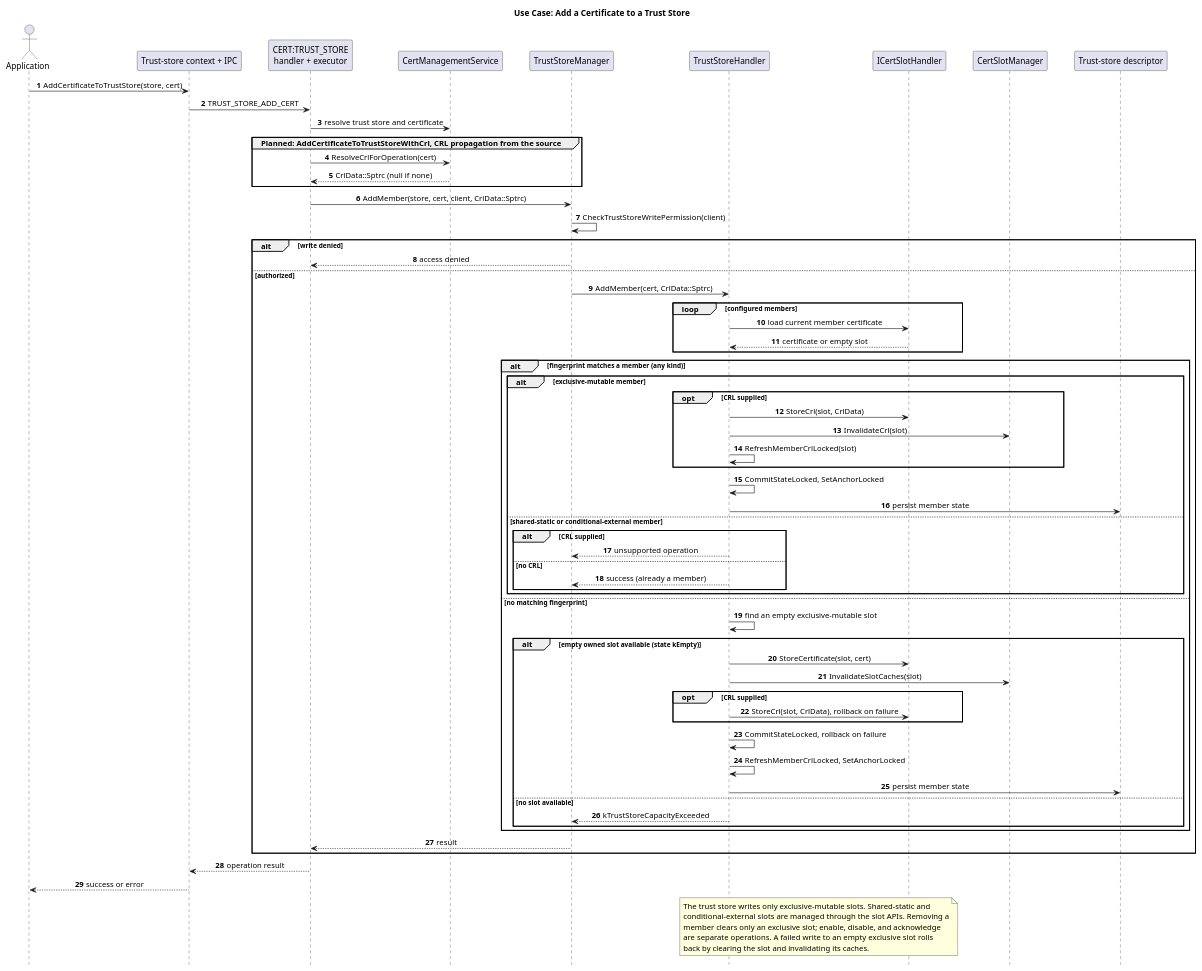
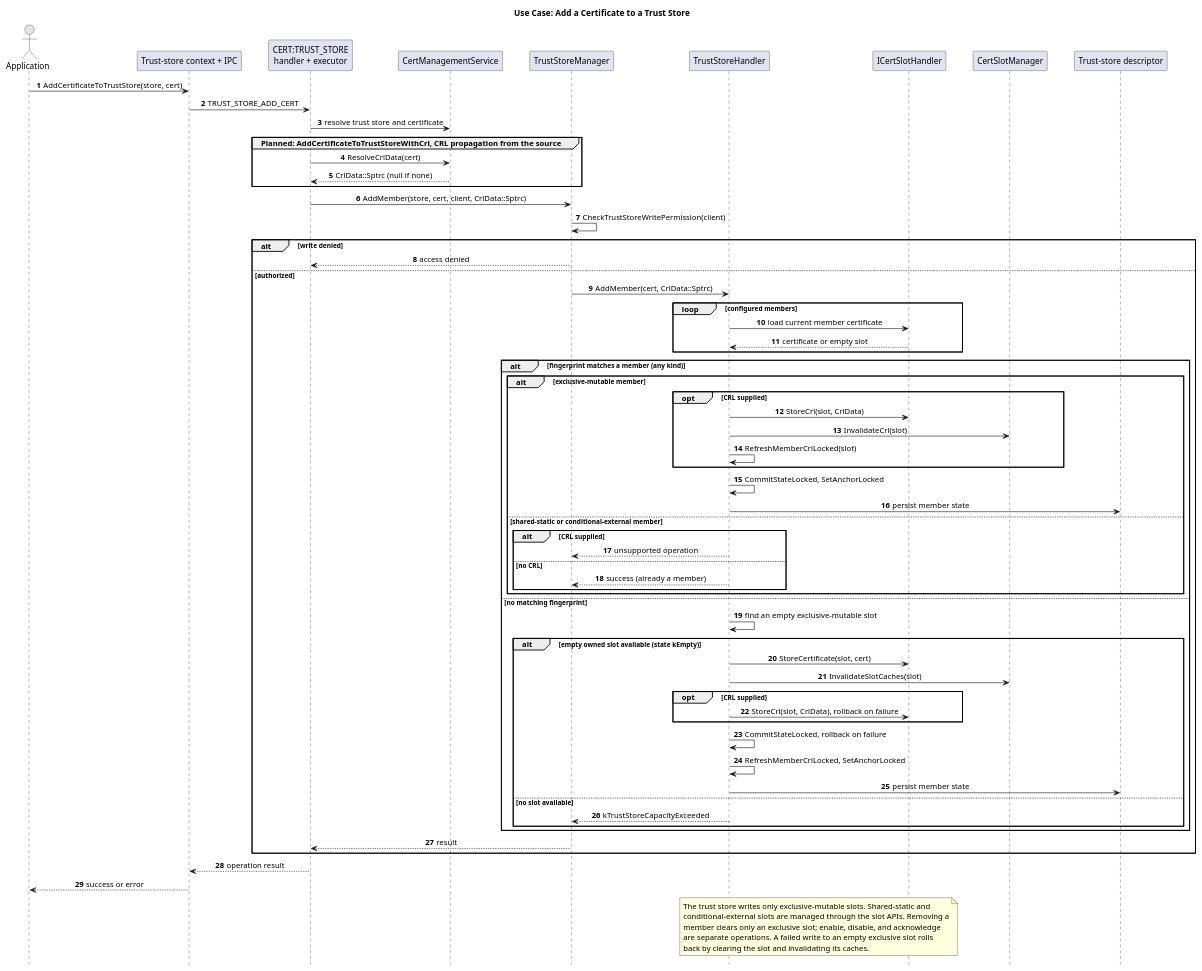
Before and after one commit to eclipse-score/inc_security_crypto: the diagram in score/crypto/src/daemon/cert_management/docs/detailed_design/uc_trust_store_member_add.puml, drawn with PlantUML. The commit also changed 52 other files, not shown here.

```diff
--- a/score/crypto/src/daemon/cert_management/docs/detailed_design/uc_trust_store_member_add.puml
+++ b/score/crypto/src/daemon/cert_management/docs/detailed_design/uc_trust_store_member_add.puml
@@ -14,82 +14,82 @@
 @startuml uc_trust_store_member_add
 title Use Case: Add a Certificate to a Trust Store
 autonumber
 hide footbox
 skinparam shadowing false
 skinparam defaultFontName Arial
 skinparam ParticipantPadding 18
 skinparam sequenceMessageAlign center
 
 actor Application as App
 participant "Trust-store context + IPC" as Context
 participant "CERT:TRUST_STORE\nhandler + executor" as Executor
 participant "CertManagementService" as Service
 participant "TrustStoreManager" as TrustManager
 participant "TrustStoreHandler" as StoreHandler
 participant "ICertSlotHandler" as Backend
 participant "CertSlotManager" as SlotManager
 participant "Trust-store descriptor" as Descriptor
 
 App -> Context : AddCertificateToTrustStore(store, cert)
 Context -> Executor : TRUST_STORE_ADD_CERT
 Executor -> Service : resolve trust store and certificate
 group Planned: AddCertificateToTrustStoreWithCrl, CRL propagation from the source
-  Executor -> Service : ResolveCrlForOperation(cert)
+  Executor -> Service : ResolveCrlData(cert)
   Service --> Executor : CrlData::Sptrc (null if none)
 end
 Executor -> TrustManager : AddMember(store, cert, client, CrlData::Sptrc)
 TrustManager -> TrustManager : CheckTrustStoreWritePermission(client)
 
 alt write denied
   TrustManager --> Executor : access denied
 else authorized
   TrustManager -> StoreHandler : AddMember(cert, CrlData::Sptrc)
   loop configured members
     StoreHandler -> Backend : load current member certificate
     Backend --> StoreHandler : certificate or empty slot
   end
 
   alt fingerprint matches a member (any kind)
     alt exclusive-mutable member
       opt CRL supplied
         StoreHandler -> Backend : StoreCrl(slot, CrlData)
         StoreHandler -> SlotManager : InvalidateCrl(slot)
         StoreHandler -> StoreHandler : RefreshMemberCrlLocked(slot)
       end
       StoreHandler -> StoreHandler : CommitStateLocked, SetAnchorLocked
       StoreHandler -> Descriptor : persist member state
     else shared-static or conditional-external member
       alt CRL supplied
         StoreHandler --> TrustManager : unsupported operation
       else no CRL
         StoreHandler --> TrustManager : success (already a member)
       end
     end
   else no matching fingerprint
     StoreHandler -> StoreHandler : find an empty exclusive-mutable slot
     alt empty owned slot available (state kEmpty)
       StoreHandler -> Backend : StoreCertificate(slot, cert)
       StoreHandler -> SlotManager : InvalidateSlotCaches(slot)
       opt CRL supplied
         StoreHandler -> Backend : StoreCrl(slot, CrlData), rollback on failure
       end
       StoreHandler -> StoreHandler : CommitStateLocked, rollback on failure
       StoreHandler -> StoreHandler : RefreshMemberCrlLocked, SetAnchorLocked
       StoreHandler -> Descriptor : persist member state
     else no slot available
       StoreHandler --> TrustManager : kTrustStoreCapacityExceeded
     end
   end
   TrustManager --> Executor : result
 end
 Executor --> Context : operation result
 Context --> App : success or error
 
 note over StoreHandler, Backend
   The trust store writes only exclusive-mutable slots. Shared-static and
   conditional-external slots are managed through the slot APIs. Removing a
   member clears only an exclusive slot; enable, disable, and acknowledge
   are separate operations. A failed write to an empty exclusive slot rolls
   back by clearing the slot and invalidating its caches.
 end note
 @enduml
```
